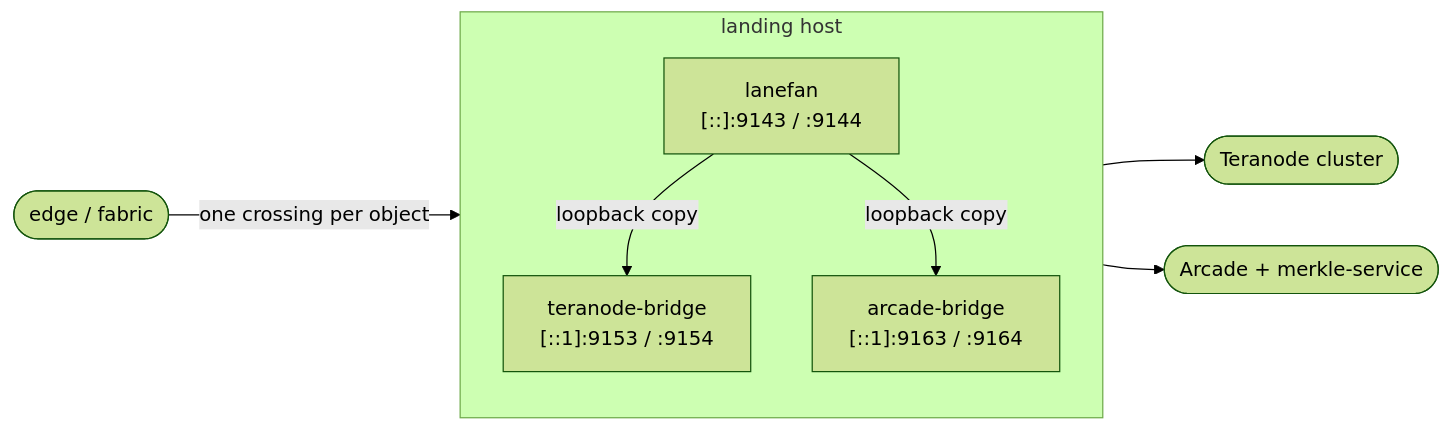
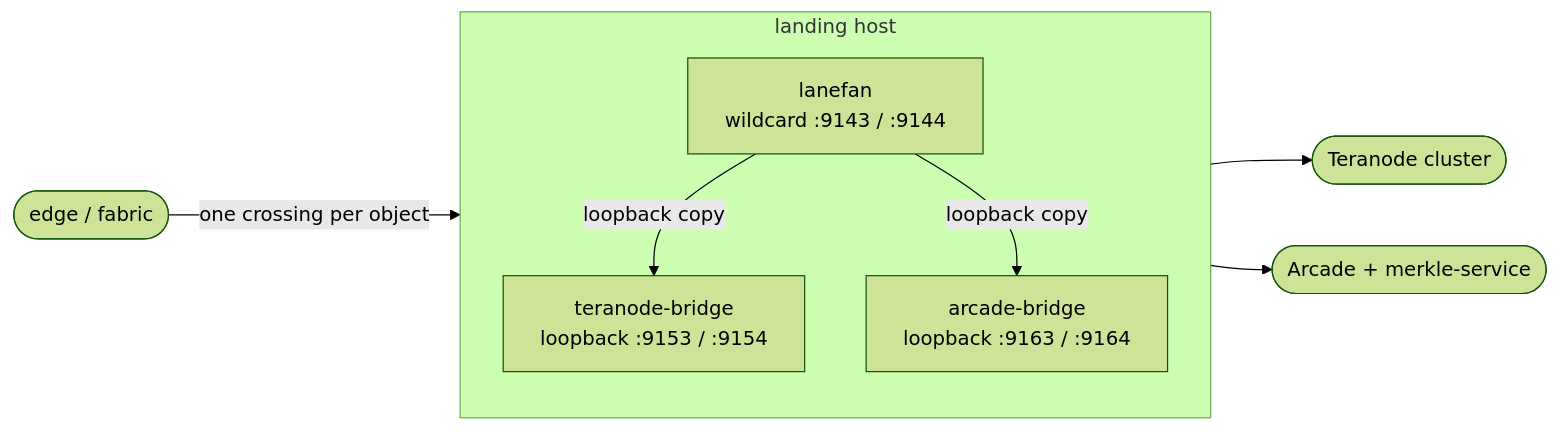
Before and after one commit to lightwebinc/arcade-bridge: the diagram in docs/deliver-once.md, drawn with Mermaid (forest theme).

Commit message:
[Fix] drop IPv6 brackets from mermaid labels

````diff
--- a/docs/deliver-once.md
+++ b/docs/deliver-once.md
@@ -46,15 +46,15 @@
 ```mermaid
 flowchart LR
     E(["edge / fabric"])
     subgraph H["landing host"]
         direction TB
-        LF["lanefan<br/>[::]:9143 / :9144"]
-        TB["teranode-bridge<br/>[::1]:9153 / :9154"]
-        AB["arcade-bridge<br/>[::1]:9163 / :9164"]
-        LF -->|loopback copy| TB
-        LF -->|loopback copy| AB
+        LF["lanefan<br/>wildcard :9143 / :9144"]
+        TB["teranode-bridge<br/>loopback :9153 / :9154"]
+        AB["arcade-bridge<br/>loopback :9163 / :9164"]
+        LF -->|"loopback copy"| TB
+        LF -->|"loopback copy"| AB
     end
-    E -->|one crossing per object| LF
+    E -->|"one crossing per object"| LF
     TB --> TN(["Teranode cluster"])
     AB --> MS(["Arcade + merkle-service"])
 ```
````
